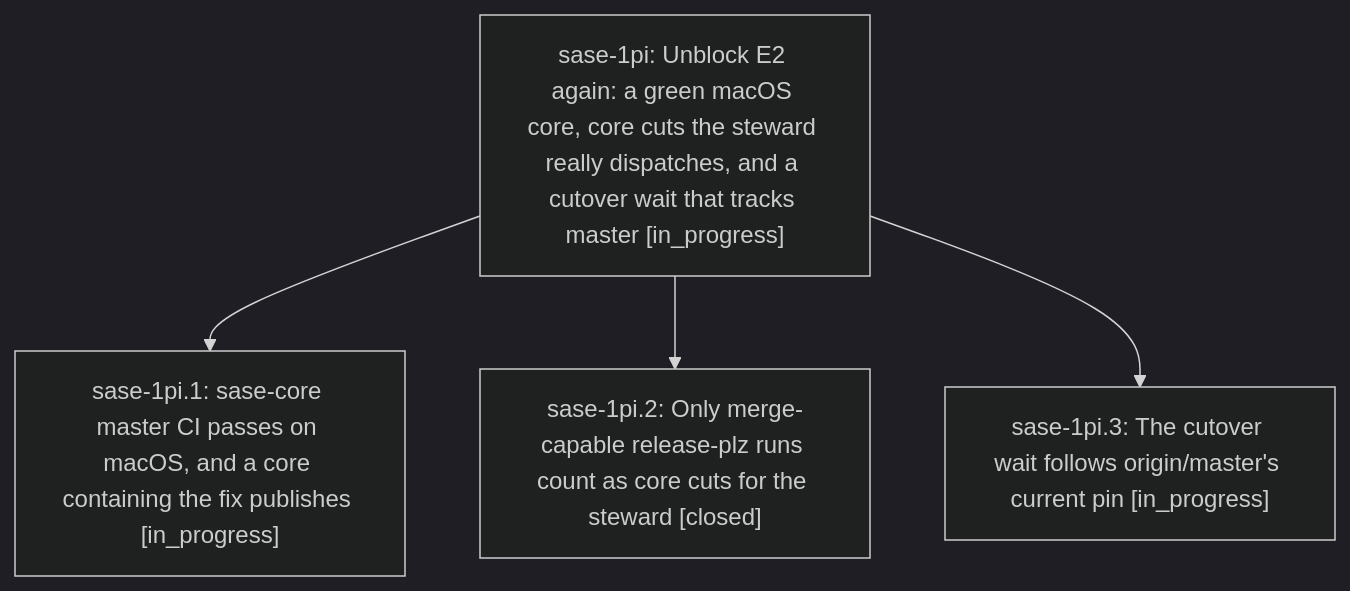
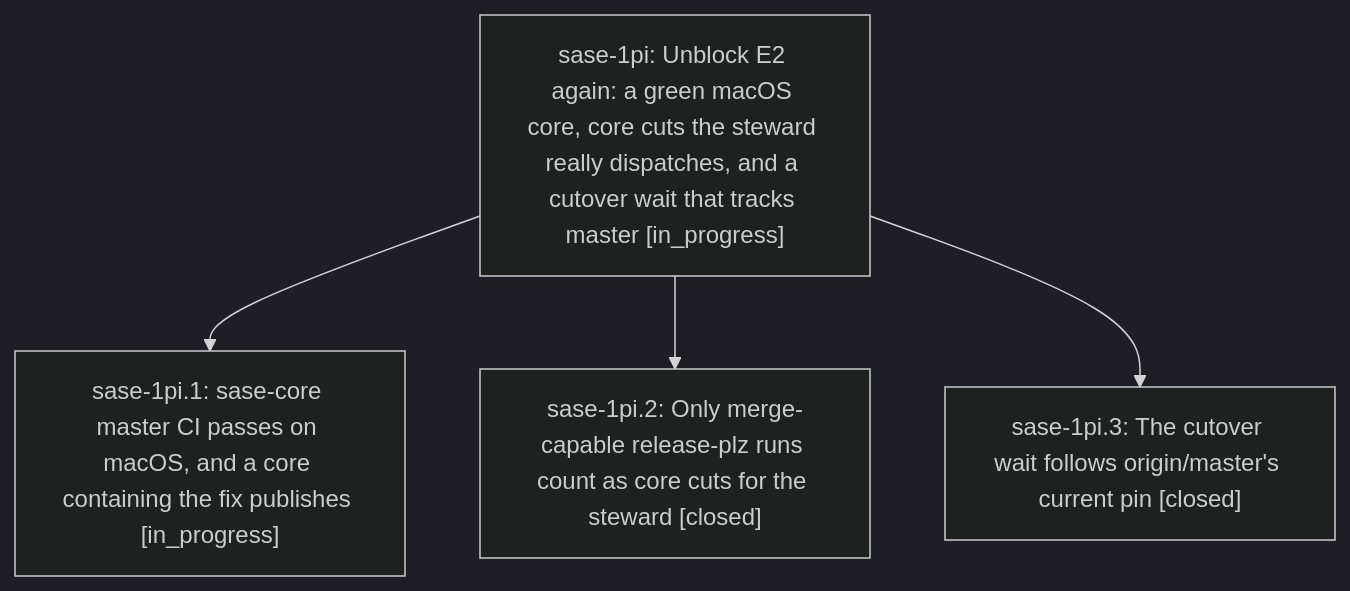
The diagram in pages/sase-1pi/README.md (sase-org/sase--beads), drawn with Mermaid (dark theme) before and after one commit. The commit also changed other lines of this file and 2 other files, not shown here.

First line of the commit message:
chore(beads): sync bead state and pages for sase-1pi

````diff
--- a/pages/sase-1pi/README.md
+++ b/pages/sase-1pi/README.md
@@ -36,10 +38,10 @@
 ```mermaid
 flowchart TD
     n0["sase-1pi: Unblock E2 again: a green macOS core, core cuts the steward really dispatches, and a cutover wait that tracks master [in_progress]"]
     n1["sase-1pi.1: sase-core master CI passes on macOS, and a core containing the fix publishes [in_progress]"]
     n2["sase-1pi.2: Only merge-capable release-plz runs count as core cuts for the steward [closed]"]
-    n3["sase-1pi.3: The cutover wait follows origin/master's current pin [in_progress]"]
+    n3["sase-1pi.3: The cutover wait follows origin/master's current pin [closed]"]
     n0 --> n1
     n0 --> n2
     n0 --> n3
 ```
````
